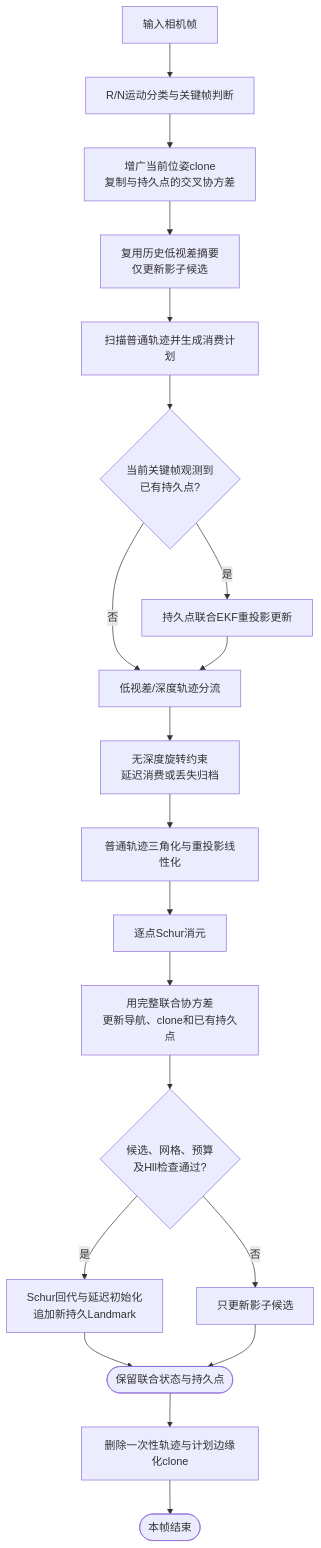
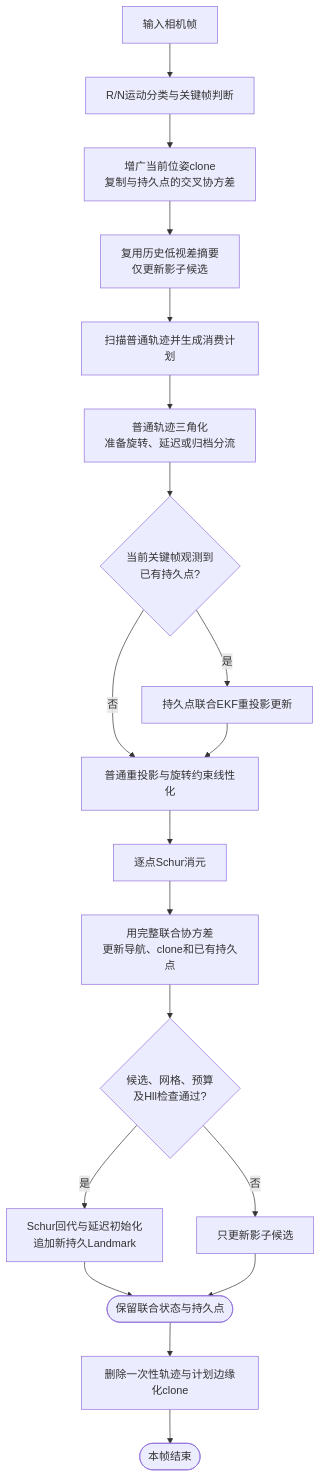
Before and after one commit to CainHu/SchurVIO: the first of 3 diagrams in docs/HYBRID_MSCKF.md, drawn with Mermaid. The commit also changed other lines of this file and 26 other files, not shown here.

````diff
--- a/docs/HYBRID_MSCKF.md
+++ b/docs/HYBRID_MSCKF.md
@@ -141,22 +140,21 @@
 ```mermaid
 flowchart TD
     A[输入相机帧] --> B[R/N运动分类与关键帧判断]
     B --> C[增广当前位姿clone<br/>复制与持久点的交叉协方差]
     C --> D[复用历史低视差摘要<br/>仅更新影子候选]
     D --> E[扫描普通轨迹并生成消费计划]
-    E --> F{当前关键帧观测到<br/>已有持久点?}
+    E --> H[普通轨迹三角化<br/>准备旋转、延迟或归档分流]
+    H --> F{当前关键帧观测到<br/>已有持久点?}
     F -- 是 --> G[持久点联合EKF重投影更新]
-    F -- 否 --> H[低视差/深度轨迹分流]
-    G --> H
-    H --> I[无深度旋转约束<br/>延迟消费或丢失归档]
-    I --> J[普通轨迹三角化与重投影线性化]
+    F -- 否 --> J[普通重投影与旋转约束线性化]
+    G --> J
     J --> K[逐点Schur消元]
     K --> L[用完整联合协方差<br/>更新导航、clone和已有持久点]
     L --> M{候选、网格、预算<br/>及Hll检查通过?}
     M -- 是 --> N[Schur回代与延迟初始化<br/>追加新持久Landmark]
     M -- 否 --> O[只更新影子候选]
     N --> P([保留联合状态与持久点])
     O --> P
     P --> Q[删除一次性轨迹与计划边缘化clone]
     Q --> R([本帧结束])
 ```
````
